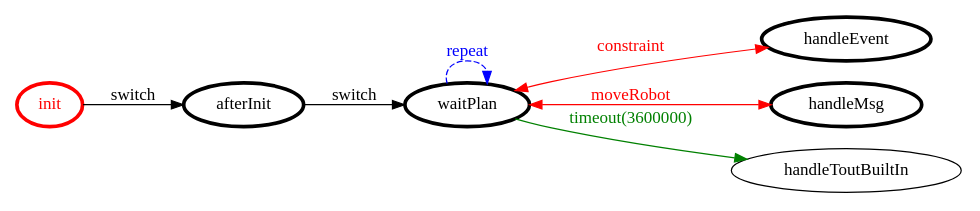
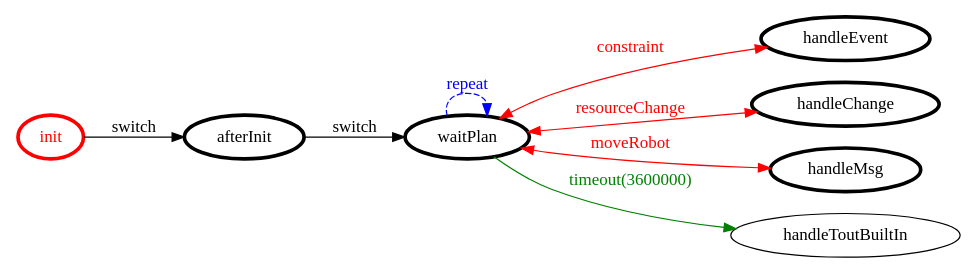
One commit to AlessandroStaffolani/robot-cleaner changed the diagram in it.unibo.project/srcMore/it/unibo/mindrobot/mindrobot.gv. Above: the diagram before and after it, drawn with Graphviz. The commit also changed 5 other files, not shown here.

```diff
--- a/it.unibo.project/srcMore/it/unibo/mindrobot/mindrobot.gv
+++ b/it.unibo.project/srcMore/it/unibo/mindrobot/mindrobot.gv
@@ -1,24 +1,26 @@
 /*
 *
 * A GraphViz DOT FSM description 
 * Please use a GraphViz visualizer (like http://www.webgraphviz.com)
 *  
 */
 
 digraph finite_state_machine {
 	rankdir=LR
 	size="8,5"
 	
 	init [ color = red ][ fontcolor = red ][ penwidth = 3 ]
 	waitPlan [ color = black ][ fontcolor = black ][ penwidth = 3 ]
 	handleEvent [ color = black ][ fontcolor = black ][ penwidth = 3 ]
+	handleChange [ color = black ][ fontcolor = black ][ penwidth = 3 ]
 	afterInit [ color = black ][ fontcolor = black ][ penwidth = 3 ]
 	handleMsg [ color = black ][ fontcolor = black ][ penwidth = 3 ]
 	
 	waitPlan -> handleEvent [ label = "constraint" ][ color = red ][ fontcolor = red ][ dir = both ]
 	init -> afterInit [ label = "switch" ][ color = black ][ fontcolor = black ]
 	afterInit -> waitPlan [ label = "switch" ][ color = black ][ fontcolor = black ]
 	waitPlan -> handleToutBuiltIn [ label = "timeout(3600000)" ][ color = green ][ fontcolor = green ]
+	waitPlan -> handleChange [ label = "resourceChange" ][ color = red ][ fontcolor = red ][ dir = both ]
 	waitPlan -> waitPlan [ label = "repeat "][ style = dashed ][ color = blue ][ fontcolor = blue ]
 	waitPlan -> handleMsg [ label = "moveRobot" ][ color = red ][ fontcolor = red ][ dir = both ]
 }
```
